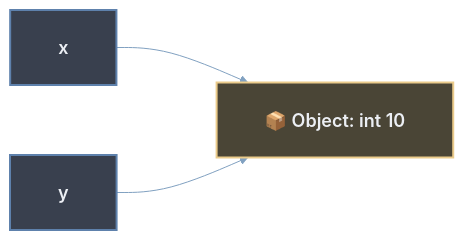
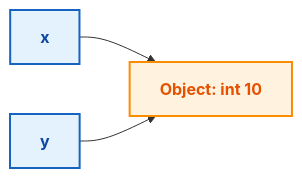
The second of 6 diagrams in 01_ Python_For_ Agentic_ Ai/01 Data types/Readme.md (maliksiddiq/learning-agentic-ai), drawn with Mermaid before and after one commit. The commit also changed other lines of this file, not shown here.

````diff
--- a/01_ Python_For_ Agentic_ Ai/01 Data types/Readme.md
+++ b/01_ Python_For_ Agentic_ Ai/01 Data types/Readme.md
@@ -205,11 +181,10 @@
 ```mermaid
-%%{init: {'theme': 'base', 'themeVariables': {'background': '#2E3440', 'primaryColor': '#3B4252', 'primaryTextColor': '#ECEFF4', 'primaryBorderColor': '#5E81AC', 'lineColor': '#81A1C1', 'edgeLabelBackground': '#3B4252', 'fontSize': '18px', 'fontFamily': 'Segoe UI, Arial, sans-serif'}, 'flowchart': {'useMaxWidth': true, 'htmlLabels': true, 'nodeSpacing': 70, 'rankSpacing': 100, 'curve': 'basis', 'padding': 24}} }%%
 flowchart LR
-    x["x"] --> obj["📦 Object: int 10"]
+    x["x"] --> obj["Object: int 10"]
     y["y"] --> obj
 
-    classDef name fill:#39404E,color:#ECEFF4,stroke:#5E81AC,stroke-width:2px,font-weight:600
-    classDef box fill:#4A4536,color:#ECEFF4,stroke:#EBCB8B,stroke-width:2px,font-weight:600
+    classDef name fill:#E3F2FD,color:#0D47A1,stroke:#1565C0,stroke-width:2px,font-weight:bold
+    classDef box fill:#FFF3E0,color:#E65100,stroke:#FB8C00,stroke-width:2px,font-weight:bold
     class x,y name
     class obj box
 ```
````
